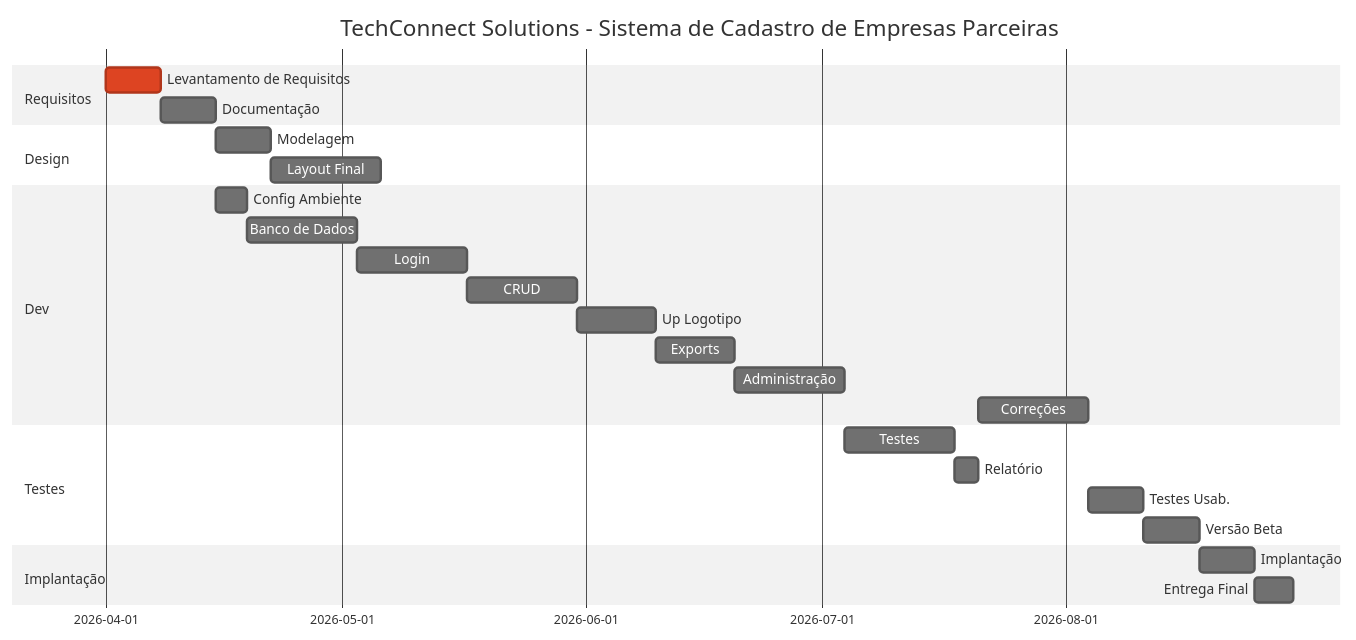
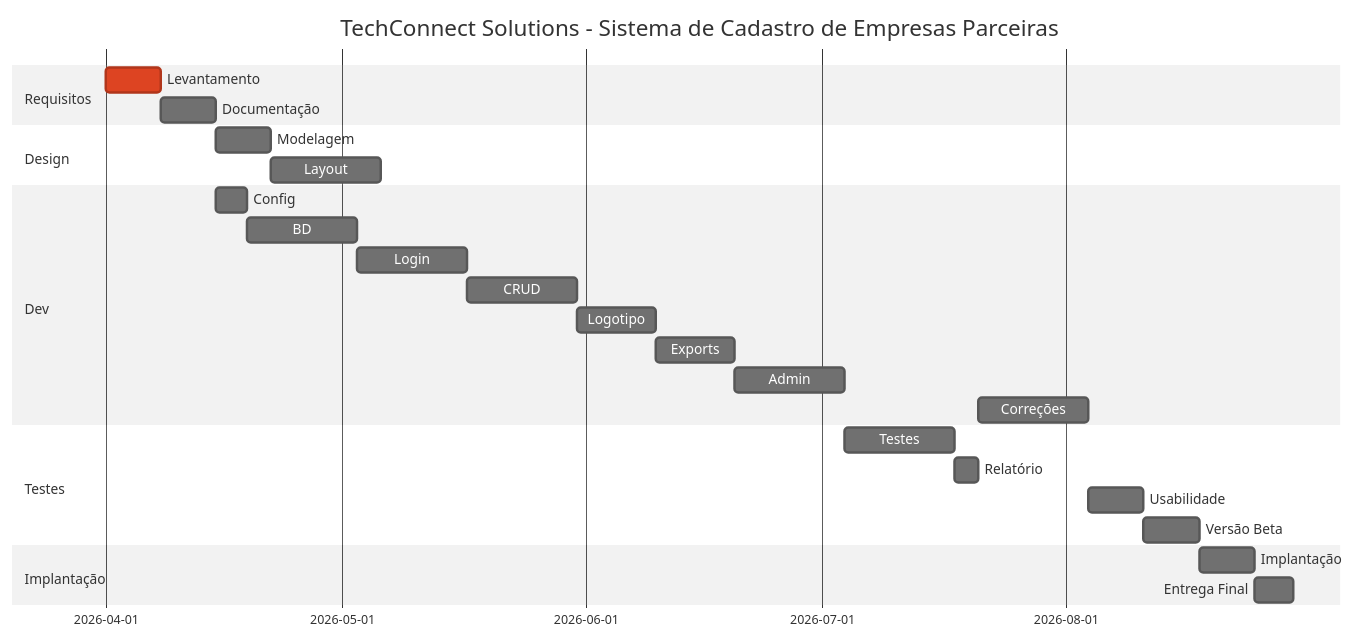
The diagram in ATIVIDADE1.md (MaxPichy/teste_gannt3), drawn with Mermaid (neutral theme) before and after one commit.

````diff
--- a/ATIVIDADE1.md
+++ b/ATIVIDADE1.md
@@ -1,33 +1,33 @@
 ```mermaid
 gantt
     title TechConnect Solutions - Sistema de Cadastro de Empresas Parceiras
     dateFormat YYYY-MM-DD
     
     section Requisitos
-    Levantamento de Requisitos :crit, req, 2026-04-01, 7d
+    Levantamento               :crit, req, 2026-04-01, 7d
     Documentação               :doc, after req, 7d
     
     section Design
     Modelagem                   :mod, after doc, 7d
-    Layout Final                :lay, after mod, 14d
+    Layout                      :lay, after mod, 14d
     
     section Dev
-    Config Ambiente            :cfg, after doc, 4d
-    Banco de Dados             :bd, after cfg, 14d
+    Config                     :cfg, after doc, 4d
+    BD                         :bd, after cfg, 14d
     Login                      :lgn, after bd, 14d
     CRUD                       :crd, after lgn, 14d
-    Up Logotipo                :lgt, after crd, 10d
+    Logotipo                   :lgt, after crd, 10d
     Exports                    :exp, after lgt, 10d
-    Administração              :adm, after exp, 14d
+    Admin                      :adm, after exp, 14d
     Correções                  :cor, after rel, 14d
     
     section Testes
     Testes                      :tst, after adm, 14d
     Relatório                   :rel, after tst, 3d
-    Testes Usab.                :usb, after cor, 7d
+    Usabilidade                :usb, after cor, 7d
     Versão Beta                 :beta, after usb, 7d
     
     section Implantação
     Implantação                 :deploy, after beta, 7d
     Entrega Final               :entrega, after deploy, 5d
 ```
````
